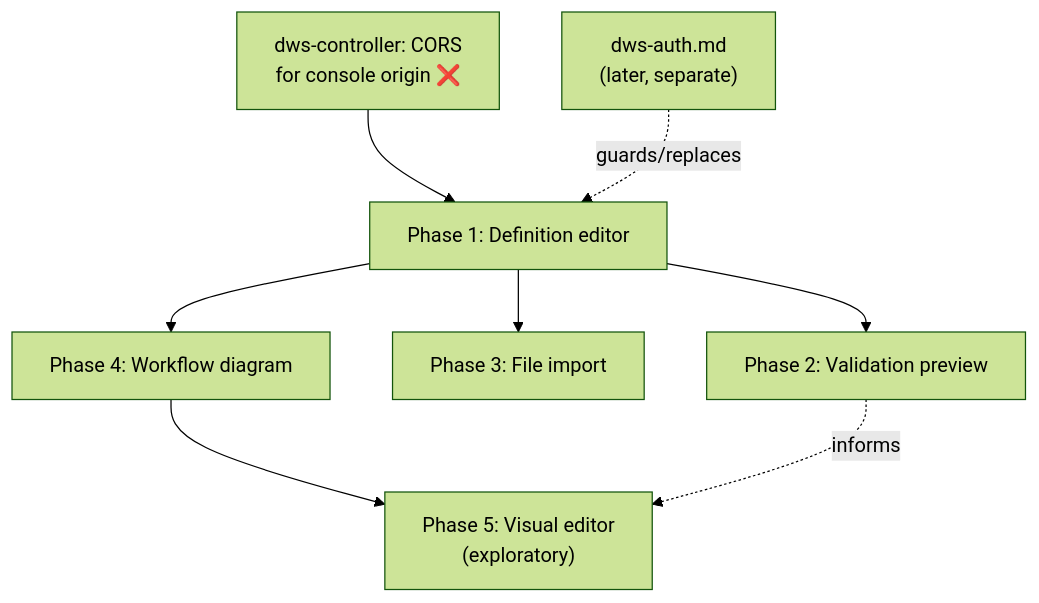
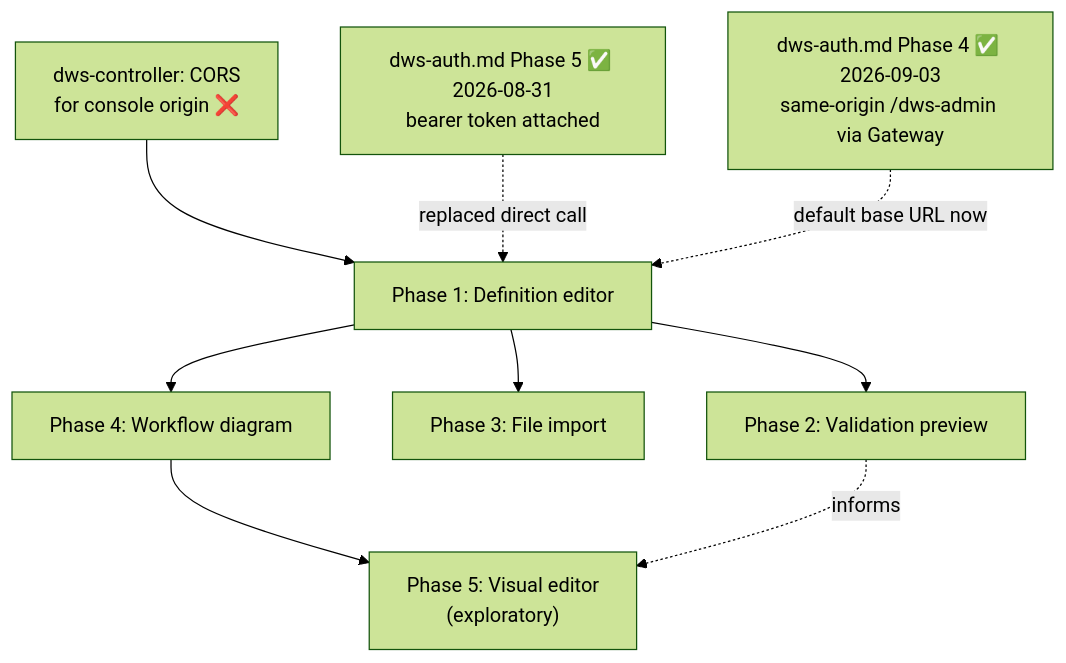
One commit to tonylibs/dapr-workflow-spec changed the first of 2 diagrams in docs/roadmaps/dws-console-submission.md. Above: the diagram before and after it, drawn with Mermaid (forest theme). The commit also changed other lines of this file and 1 other file, not shown here.

First line of the commit message:
docs: Update authentication and console submission roadmaps

````diff
--- a/docs/roadmaps/dws-console-submission.md
+++ b/docs/roadmaps/dws-console-submission.md
@@ -33,10 +33,11 @@
 ```mermaid
 flowchart TD
   CORS["dws-controller: CORS<br/>for console origin ❌"] --> P1["Phase 1: Definition editor"]
   P1 --> P2["Phase 2: Validation preview"]
   P1 --> P3["Phase 3: File import"]
   P1 --> P4["Phase 4: Workflow diagram"]
   P4 --> P5["Phase 5: Visual editor<br/>(exploratory)"]
   P2 -.informs.-> P5
-  AuthLater["dws-auth.md<br/>(later, separate)"] -.guards/replaces.-> P1
+  Auth["dws-auth.md Phase 5 ✅ 2026-08-31<br/>bearer token attached"] -.replaced direct call.-> P1
+  Gateway["dws-auth.md Phase 4 ✅ 2026-09-03<br/>same-origin /dws-admin via Gateway"] -.default base URL now.-> P1
 ```
````
